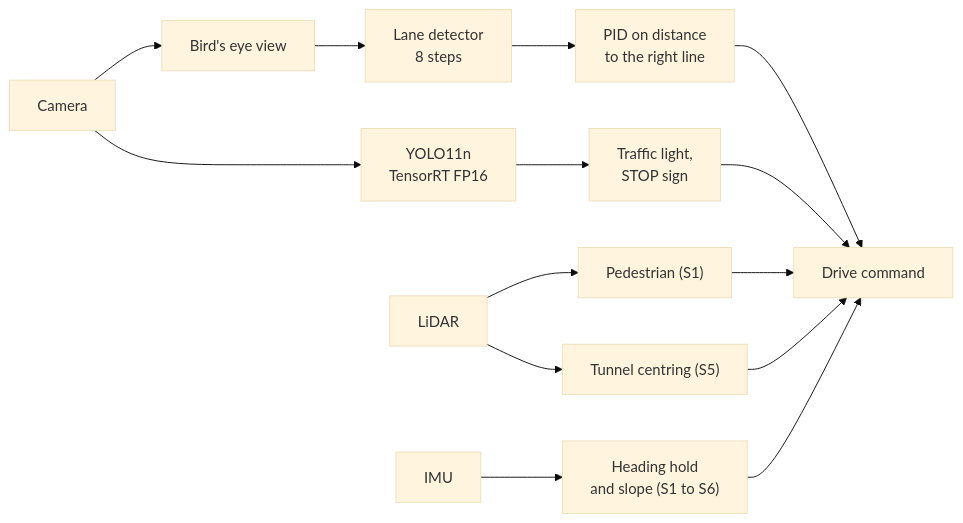
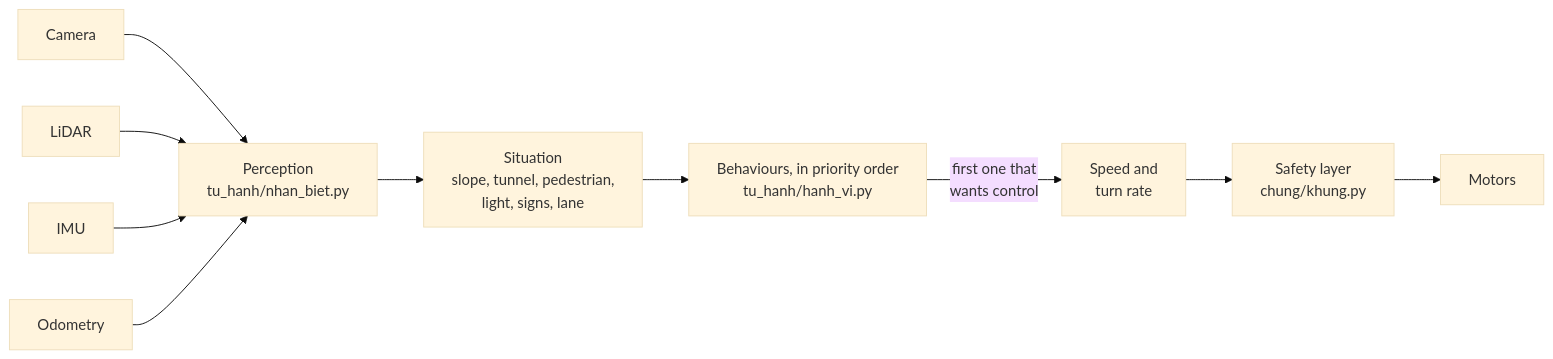
Before and after one commit to mhieuz-dev/autonomous-car-jetson-ros2: the diagram in README.md, drawn with Mermaid (base theme). The commit also changed other lines of this file, not shown here.

````diff
--- a/README.md
+++ b/README.md
@@ -41,13 +23,11 @@
 ```mermaid
 flowchart LR
-    CAM[Camera] --> BEV["Bird's eye view"] --> LANE["Lane detector<br>8 steps"] --> PID["PID on distance<br>to the right line"]
-    CAM --> YOLO["YOLO11n<br>TensorRT FP16"] --> SIGNS["Traffic light,<br>STOP sign"]
-    LIDAR[LiDAR] --> PED["Pedestrian (S1)"]
-    LIDAR --> TUN["Tunnel centring (S5)"]
-    IMU[IMU] --> HEAD["Heading hold<br>and slope (S1 to S6)"]
-    PID --> DRIVE[Drive command]
-    SIGNS --> DRIVE
-    PED --> DRIVE
-    TUN --> DRIVE
-    HEAD --> DRIVE
+    CAM[Camera] --> NB
+    LIDAR[LiDAR] --> NB
+    IMU[IMU] --> NB
+    ODOM[Odometry] --> NB
+    NB["Perception<br>tu_hanh/nhan_biet.py"] --> TH["Situation<br>slope, tunnel, pedestrian,<br>light, signs, lane"]
+    TH --> HV["Behaviours, in priority order<br>tu_hanh/hanh_vi.py"]
+    HV -->|"first one that<br>wants control"| CMD["Speed and<br>turn rate"]
+    CMD --> SAFE["Safety layer<br>chung/khung.py"] --> CAR[Motors]
 ```
````
